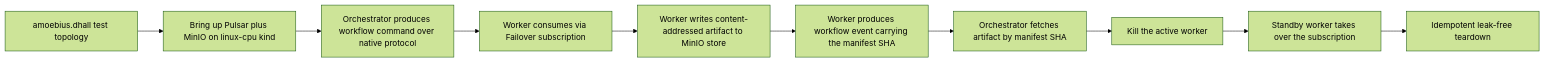
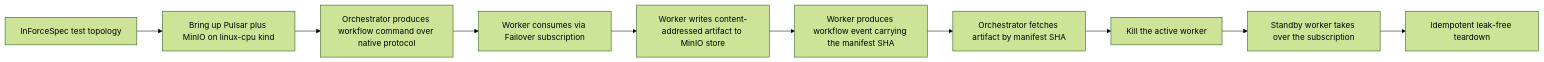
The diagram in DEVELOPMENT_PLAN/phase_04_pulsar_content_store_workflow.md (Tuee22/amoebius), drawn with Mermaid (forest theme) before and after one commit. The commit also changed other lines of this file and 37 other files, not shown here.

````diff
--- a/DEVELOPMENT_PLAN/phase_04_pulsar_content_store_workflow.md
+++ b/DEVELOPMENT_PLAN/phase_04_pulsar_content_store_workflow.md
@@ -69,12 +69,12 @@
 ```mermaid
 flowchart LR
-  dhall[amoebius.dhall test topology] --> up[Bring up Pulsar plus MinIO on linux-cpu kind]
+  dhall[InForceSpec test topology] --> up[Bring up Pulsar plus MinIO on linux-cpu kind]
   up --> produce[Orchestrator produces workflow command over native protocol]
   produce --> worker[Worker consumes via Failover subscription]
   worker --> store[Worker writes content-addressed artifact to MinIO store]
   store --> event[Worker produces workflow event carrying the manifest SHA]
   event --> fetch[Orchestrator fetches artifact by manifest SHA]
   fetch --> kill[Kill the active worker]
   kill --> failover[Standby worker takes over the subscription]
   failover --> teardown[Idempotent leak-free teardown]
 ```
````
